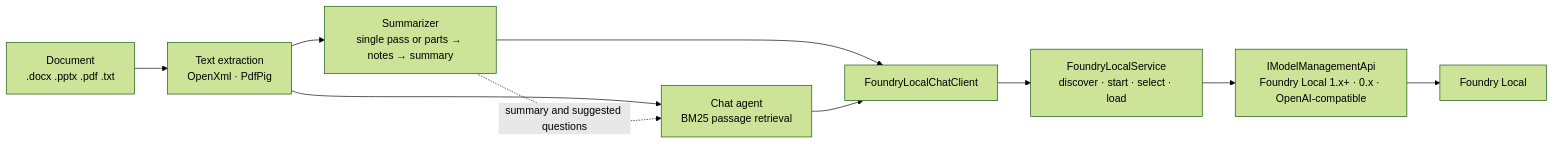
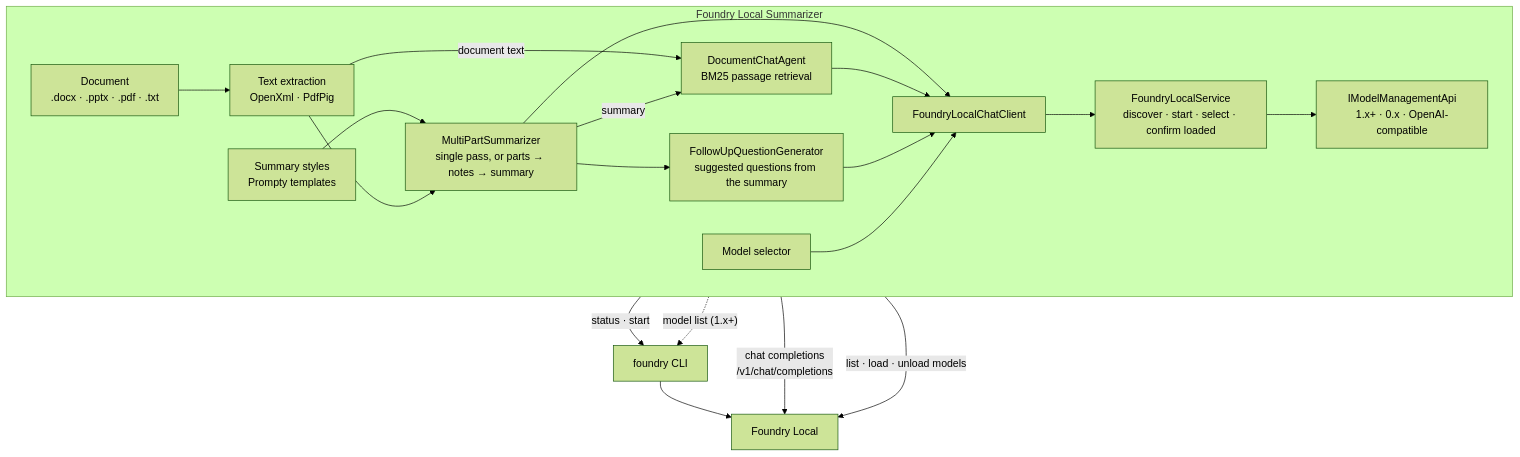
The diagram in README.md (sagarworlds/foundry-local-summarize), drawn with Mermaid (forest theme) before and after one commit. The commit also changed other lines of this file, not shown here.

Commit message:
Correct the README architecture diagram
The previous diagram was inaccurate in three places:
- It credited suggested questions to the summarizer. They come from
  FollowUpQuestionGenerator, working from the summary.
- It routed every model request through IModelManagementApi. Summaries,
  answers and suggestions go from FoundryLocalChatClient straight to
  /v1/chat/completions; the API only lists, loads and unloads models.
- It left out the foundry CLI, which is used to find and start Foundry
  Local and, in 1.x+, to list downloaded models.

Also shows the Prompty styles and the model selector, adds a short note
on the request path, and uses a top-to-bottom layout so labels do not
overlap. Verified by rendering with mermaid-cli.

Claude-Session: https://claude.ai/code/session_018M9SHrac6TjJgLxYNiMQ4f

````diff
--- a/README.md
+++ b/README.md
@@ -163,12 +163,27 @@
 ```mermaid
-graph LR
-    File["Document<br/>.docx .pptx .pdf .txt"] --> Extract["Text extraction<br/>OpenXml · PdfPig"]
-    Extract --> Summarize["Summarizer<br/>single pass or parts → notes → summary"]
-    Extract --> Chat["Chat agent<br/>BM25 passage retrieval"]
-    Summarize -. summary and suggested questions .-> Chat
-    Summarize --> Client["FoundryLocalChatClient"]
-    Chat --> Client
-    Client --> Service["FoundryLocalService<br/>discover · start · select · load"]
-    Service --> Api["IModelManagementApi<br/>Foundry Local 1.x+ · 0.x · OpenAI-compatible"]
-    Api --> Host["Foundry Local"]
+flowchart TB
+    subgraph App["Foundry Local Summarizer"]
+        direction LR
+        File["Document<br/>.docx · .pptx · .pdf · .txt"] --> Extract["Text extraction<br/>OpenXml · PdfPig"]
+        Styles["Summary styles<br/>Prompty templates"] --> Summarizer
+        Extract --> Summarizer["MultiPartSummarizer<br/>single pass, or parts → notes → summary"]
+        Extract -- document text --> Chat["DocumentChatAgent<br/>BM25 passage retrieval"]
+        Summarizer -- summary --> Chat
+        Summarizer --> Questions["FollowUpQuestionGenerator<br/>suggested questions from the summary"]
+        Summarizer --> Client["FoundryLocalChatClient"]
+        Chat --> Client
+        Questions --> Client
+        Picker["Model selector"] --> Client
+        Client --> Service["FoundryLocalService<br/>discover · start · select · confirm loaded"]
+        Service --> Api["IModelManagementApi<br/>1.x+ · 0.x · OpenAI-compatible"]
+    end
+
+    CLI["foundry CLI"]
+    Host["Foundry Local"]
+
+    Client -- "chat completions<br/>/v1/chat/completions" --> Host
+    Api -- "list · load · unload models" --> Host
+    Service -- "status · start" --> CLI
+    Api -. "model list (1.x+)" .-> CLI
+    CLI --> Host
 ```
````
